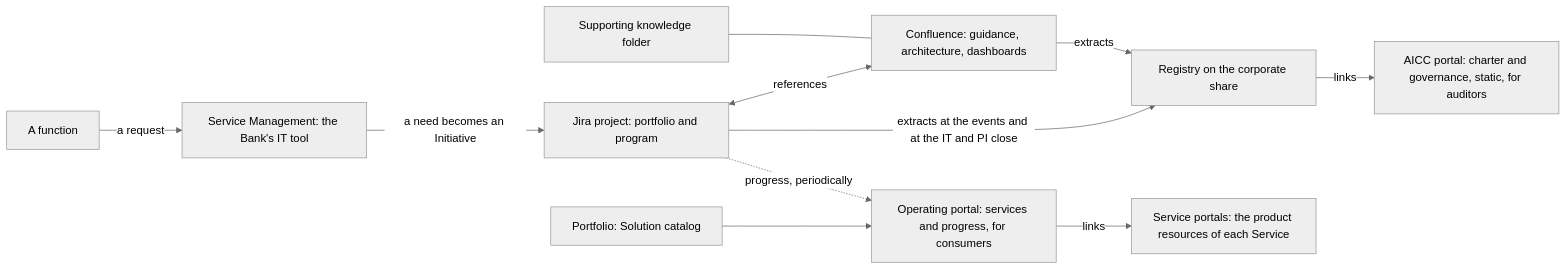
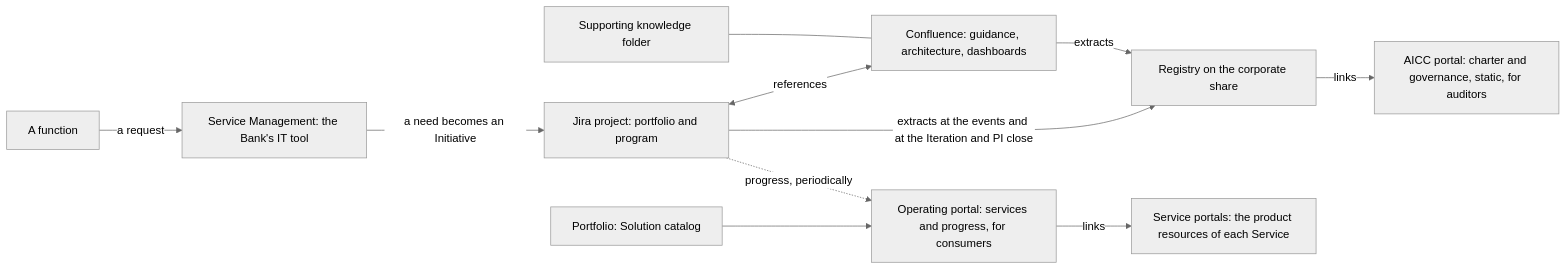
Before and after one commit to devhogu/ob-aicc: the diagram in charter/workflows/collaboration-tooling.md, drawn with Mermaid (neutral theme). The commit also changed other lines of this file and 63 other files, not shown here.

````diff
--- a/charter/workflows/collaboration-tooling.md
+++ b/charter/workflows/collaboration-tooling.md
@@ -11,13 +11,13 @@
 ```mermaid
 flowchart LR
   F["A function"] -->|a request| SM["Service Management: the Bank's IT tool"]
   SM -->|a need becomes an Initiative| J["Jira project: portfolio and program"]
   J <-->|references| C["Confluence: guidance, architecture, dashboards"]
   K["Supporting knowledge folder"] --- C
-  J -->|extracts at the events and at the IT and PI close| R["Registry on the corporate share"]
+  J -->|extracts at the events and at the Iteration and PI close| R["Registry on the corporate share"]
   C -->|extracts| R
   R -->|links| AP["AICC portal: charter and governance, static, for auditors"]
   P["Portfolio: Solution catalog"] --> OP["Operating portal: services and progress, for consumers"]
   J -.->|progress, periodically| OP
   OP -->|links| SP["Service portals: the product resources of each Service"]
 ```
````
